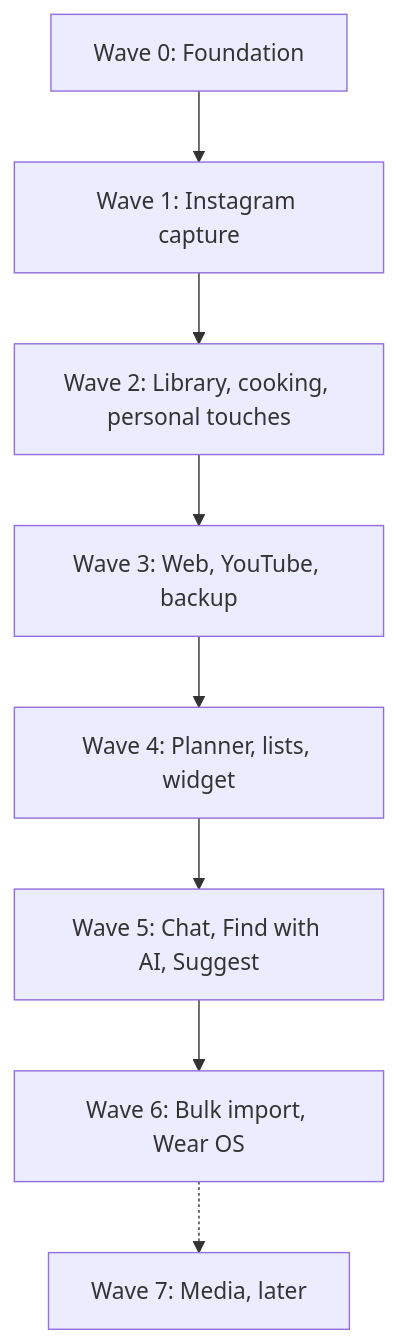
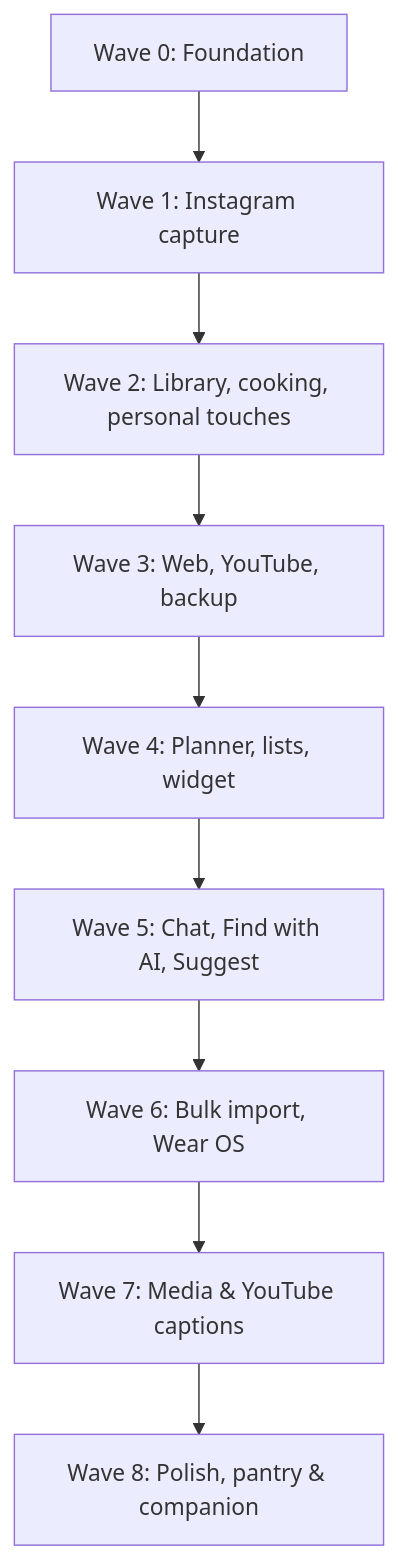
The diagram in docs/Waves.md (inthevortex/recipe-catcher), drawn with Mermaid before and after one commit. The commit also changed other lines of this file and 3 other files, not shown here.

First line of the commit message:
docs: specify media capture, YouTube captions, and polish enhancements

````diff
--- a/docs/Waves.md
+++ b/docs/Waves.md
@@ -5,10 +5,11 @@
 ```mermaid
 flowchart TD
   W0[Wave 0: Foundation] --> W1[Wave 1: Instagram capture]
   W1 --> W2[Wave 2: Library, cooking, personal touches]
   W2 --> W3[Wave 3: Web, YouTube, backup]
   W3 --> W4[Wave 4: Planner, lists, widget]
   W4 --> W5[Wave 5: Chat, Find with AI, Suggest]
   W5 --> W6[Wave 6: Bulk import, Wear OS]
-  W6 -.-> W7[Wave 7: Media, later]
+  W6 --> W7[Wave 7: Media & YouTube captions]
+  W7 --> W8[Wave 8: Polish, pantry & companion]
 ```
````
